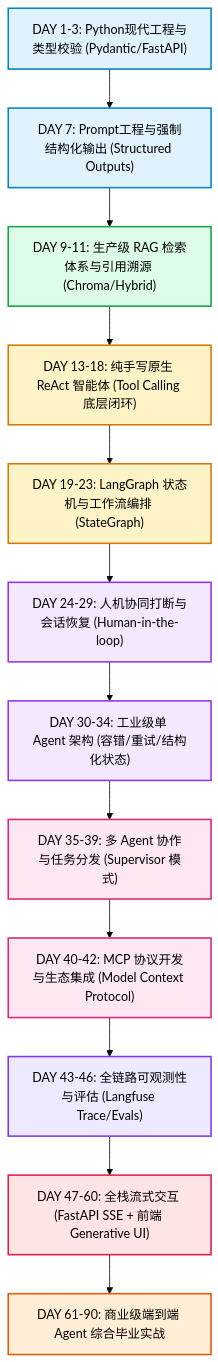
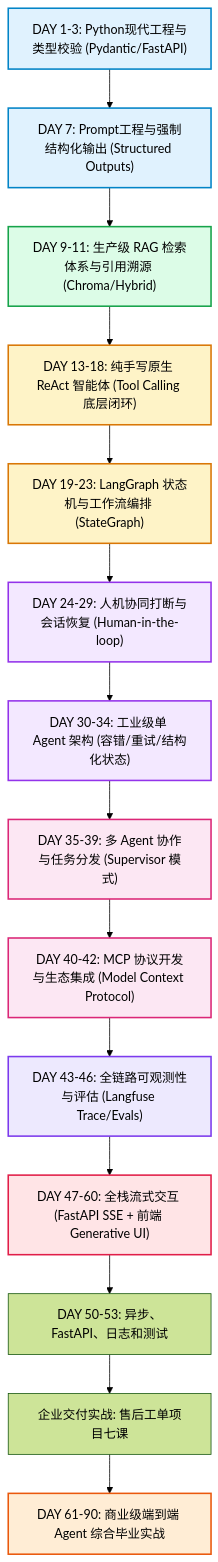
Before and after one commit to xiaolajiao12138/agent_lesson: the diagram in DAILY_CURRICULUM.md, drawn with Mermaid (forest theme). The commit also changed other lines of this file and 49 other files, not shown here.

````diff
--- a/DAILY_CURRICULUM.md
+++ b/DAILY_CURRICULUM.md
@@ -10,27 +10,29 @@
 ```mermaid
 flowchart TD
     D1["DAY 1-3: Python现代工程与类型校验 (Pydantic/FastAPI)"] --> D7["DAY 7: Prompt工程与强制结构化输出 (Structured Outputs)"]
     D7 --> D9["DAY 9-11: 生产级 RAG 检索体系与引用溯源 (Chroma/Hybrid)"]
     D9 --> D13["DAY 13-18: 纯手写原生 ReAct 智能体 (Tool Calling 底层闭环)"]
     D13 --> D19["DAY 19-23: LangGraph 状态机与工作流编排 (StateGraph)"]
     D19 --> D24["DAY 24-29: 人机协同打断与会话恢复 (Human-in-the-loop)"]
     D24 --> D30["DAY 30-34: 工业级单 Agent 架构 (容错/重试/结构化状态)"]
     D30 --> D35["DAY 35-39: 多 Agent 协作与任务分发 (Supervisor 模式)"]
     D35 --> D40["DAY 40-42: MCP 协议开发与生态集成 (Model Context Protocol)"]
     D40 --> D43["DAY 43-46: 全链路可观测性与评估 (Langfuse Trace/Evals)"]
     D43 --> D47["DAY 47-60: 全栈流式交互 (FastAPI SSE + 前端 Generative UI)"]
-    D47 --> D90["DAY 61-90: 商业级端到端 Agent 综合毕业实战"]
+    D47 --> Backend["DAY 50-53: 异步、FastAPI、日志和测试"]
+    Backend --> Delivery["企业交付实战: 售后工单项目七课"]
+    Delivery --> D90["DAY 61-90: 商业级端到端 Agent 综合毕业实战"]
 
     style D1 fill:#e0f2fe,stroke:#0284c7,stroke-width:2px
     style D7 fill:#e0f2fe,stroke:#0284c7,stroke-width:2px
     style D9 fill:#dcfce7,stroke:#16a34a,stroke-width:2px
     style D13 fill:#fef3c7,stroke:#d97706,stroke-width:2px
     style D19 fill:#fef3c7,stroke:#d97706,stroke-width:2px
     style D24 fill:#f3e8ff,stroke:#9333ea,stroke-width:2px
     style D30 fill:#f3e8ff,stroke:#9333ea,stroke-width:2px
     style D35 fill:#fce7f3,stroke:#db2777,stroke-width:2px
     style D40 fill:#fce7f3,stroke:#db2777,stroke-width:2px
     style D43 fill:#ede9fe,stroke:#7c3aed,stroke-width:2px
     style D47 fill:#ffe4e6,stroke:#e11d48,stroke-width:2px
     style D90 fill:#ffedd5,stroke:#ea580c,stroke-width:2px
 ```
````
